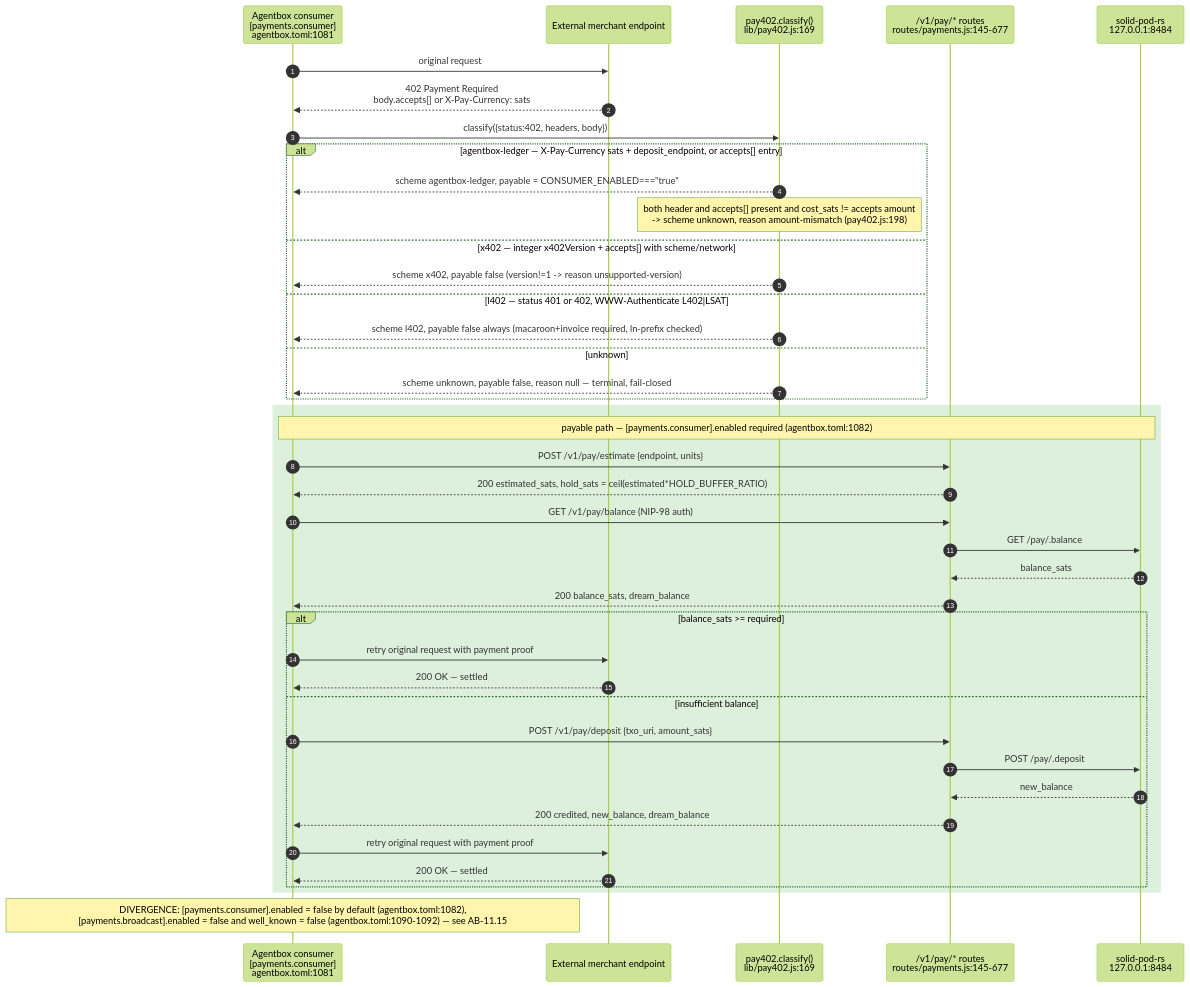
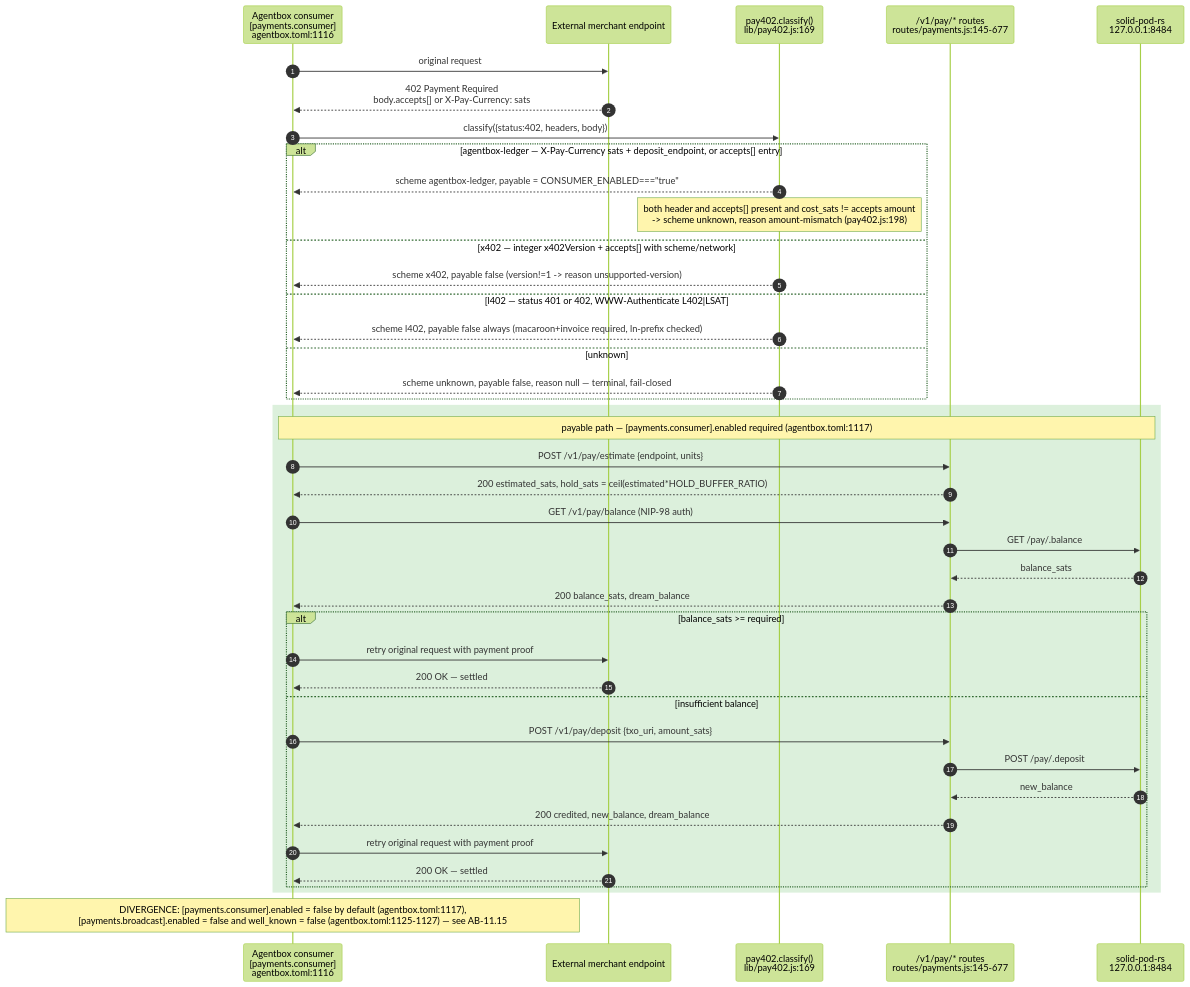
One commit to DreamLab-AI/AR-AI-Knowledge-Graph changed the sixth of 13 diagrams in docs/diagrams/agentbox/15-capability-gating-spend-consultants.md. Above: the diagram before and after it, drawn with Mermaid (forest theme). The commit also changed other lines of this file and 73 other files, not shown here.

First line of the commit message:
docs(diagrams): re-verify all 71 topic files against HEAD; add --cite-check

````diff
--- a/docs/diagrams/agentbox/15-capability-gating-spend-consultants.md
+++ b/docs/diagrams/agentbox/15-capability-gating-spend-consultants.md
@@ -266,45 +266,45 @@
 ```mermaid
 sequenceDiagram
     autonumber
-    participant Agent as Agentbox consumer<br/>[payments.consumer]<br/>agentbox.toml:1081
+    participant Agent as Agentbox consumer<br/>[payments.consumer]<br/>agentbox.toml:1116
     participant Merchant as External merchant endpoint
     participant Classify as pay402.classify()<br/>lib/pay402.js:169
     participant Pay as /v1/pay/* routes<br/>routes/payments.js:145-677
     participant Pod as solid-pod-rs<br/>127.0.0.1:8484
 
     Agent->>Merchant: original request
     Merchant-->>Agent: 402 Payment Required<br/>body.accepts[] or X-Pay-Currency: sats
     Agent->>Classify: classify({status:402, headers, body})
     alt agentbox-ledger — X-Pay-Currency sats + deposit_endpoint, or accepts[] entry
         Classify-->>Agent: scheme agentbox-ledger, payable = CONSUMER_ENABLED==="true"
         Note over Classify: both header and accepts[] present and cost_sats != accepts amount<br/>-> scheme unknown, reason amount-mismatch (pay402.js:198)
     else x402 — integer x402Version + accepts[] with scheme/network
         Classify-->>Agent: scheme x402, payable false #40;version!=1 -> reason unsupported-version#41;
     else l402 — status 401 or 402, WWW-Authenticate L402#124;LSAT
         Classify-->>Agent: scheme l402, payable false always #40;macaroon+invoice required, ln-prefix checked#41;
     else unknown
         Classify-->>Agent: scheme unknown, payable false, reason null — terminal, fail-closed
     end
 
     rect rgb(220,240,220)
-    Note over Agent,Pod: payable path — [payments.consumer].enabled required (agentbox.toml:1082)
+    Note over Agent,Pod: payable path — [payments.consumer].enabled required (agentbox.toml:1117)
     Agent->>Pay: POST /v1/pay/estimate {endpoint, units}
     Pay-->>Agent: 200 estimated_sats, hold_sats = ceil(estimated*HOLD_BUFFER_RATIO)
     Agent->>Pay: GET /v1/pay/balance (NIP-98 auth)
     Pay->>Pod: GET /pay/.balance
     Pod-->>Pay: balance_sats
     Pay-->>Agent: 200 balance_sats, dream_balance
     alt balance_sats #62;#61; required
         Agent->>Merchant: retry original request with payment proof
         Merchant-->>Agent: 200 OK — settled
     else insufficient balance
         Agent->>Pay: POST /v1/pay/deposit {txo_uri, amount_sats}
         Pay->>Pod: POST /pay/.deposit
         Pod-->>Pay: new_balance
         Pay-->>Agent: 200 credited, new_balance, dream_balance
         Agent->>Merchant: retry original request with payment proof
         Merchant-->>Agent: 200 OK — settled
     end
     end
-    Note over Agent: DIVERGENCE: #91;payments.consumer#93;.enabled = false by default #40;agentbox.toml:1082#41;,<br/>#91;payments.broadcast#93;.enabled = false and well_known = false #40;agentbox.toml:1090-1092#41; — see AB-11.15
+    Note over Agent: DIVERGENCE: #91;payments.consumer#93;.enabled = false by default #40;agentbox.toml:1117#41;,<br/>#91;payments.broadcast#93;.enabled = false and well_known = false #40;agentbox.toml:1125-1127#41; — see AB-11.15
 ```
````
